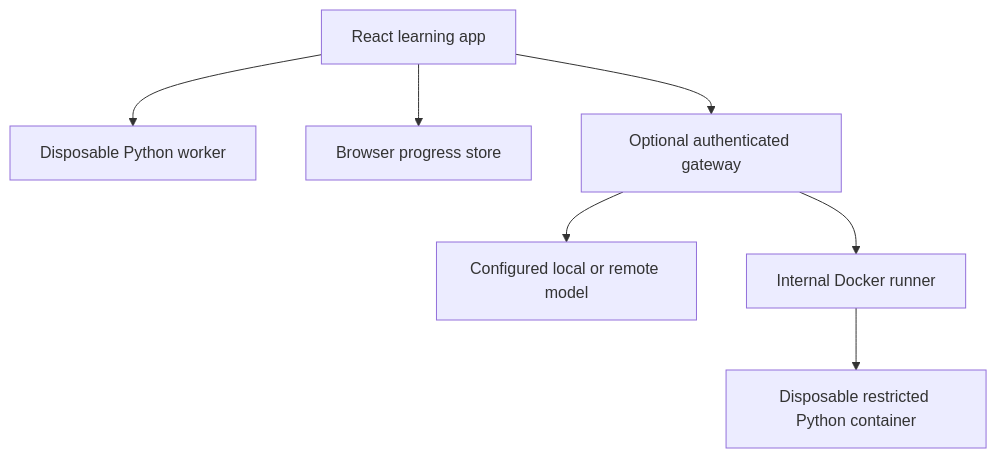
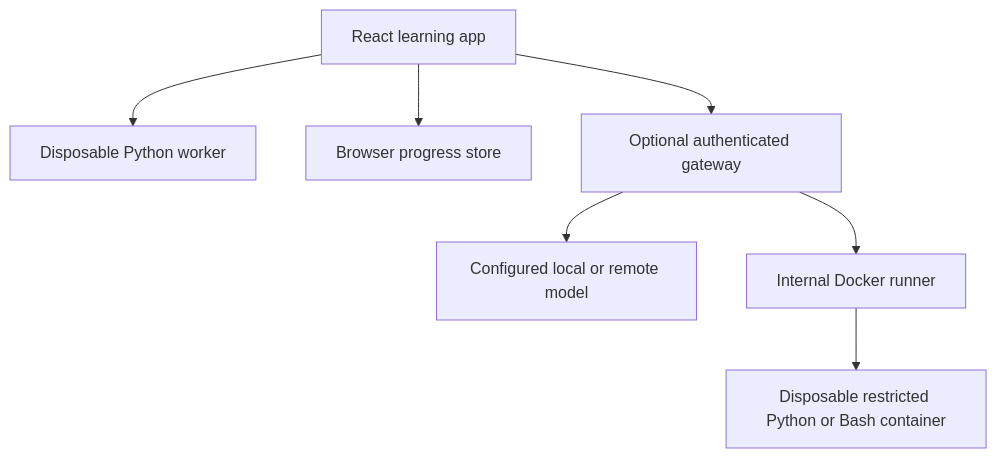
The diagram in docs/ARCHITECTURE.md (rclevenger-hm/Platform_Forge), drawn with Mermaid before and after one commit. The commit also changed other lines of this file and 5 other files, not shown here.

````diff
--- a/docs/ARCHITECTURE.md
+++ b/docs/ARCHITECTURE.md
@@ -3,9 +3,9 @@
 ```mermaid
 flowchart TD
   Browser[React learning app] --> Worker[Disposable Python worker]
   Browser --> Progress[Browser progress store]
   Browser --> API[Optional authenticated gateway]
   API --> Model[Configured local or remote model]
   API --> Runner[Internal Docker runner]
-  Runner --> Lab[Disposable restricted Python container]
+  Runner --> Lab[Disposable restricted Python or Bash container]
 ```
````
